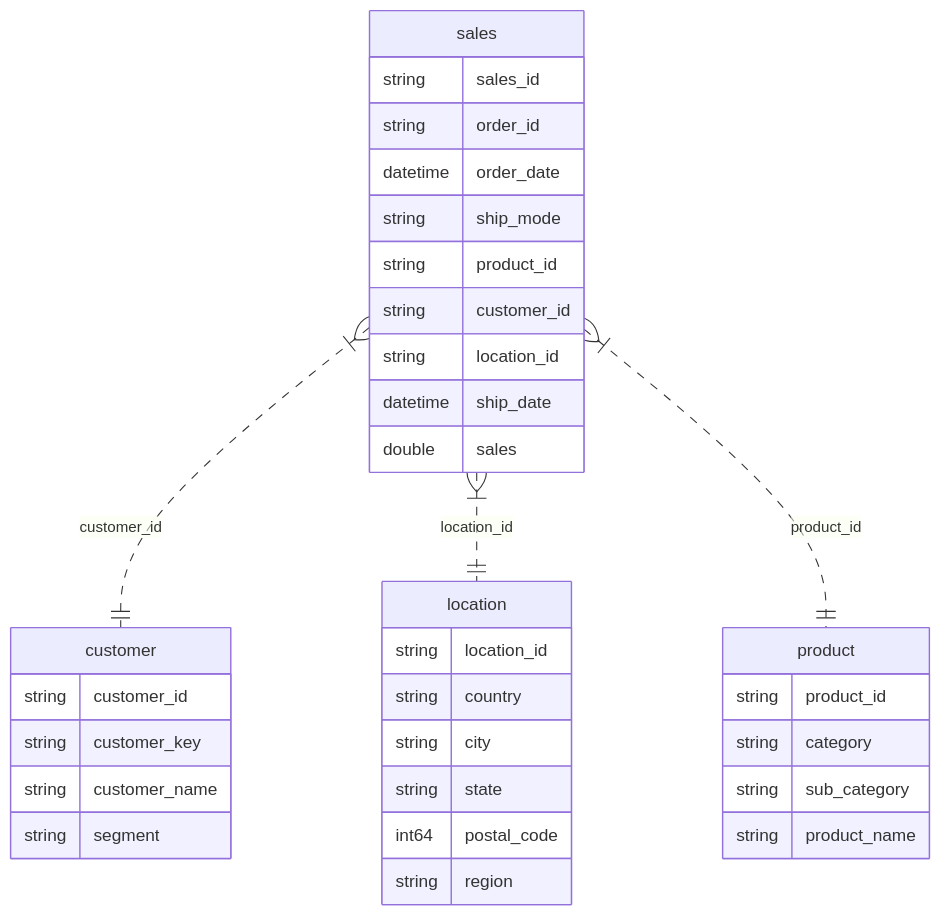
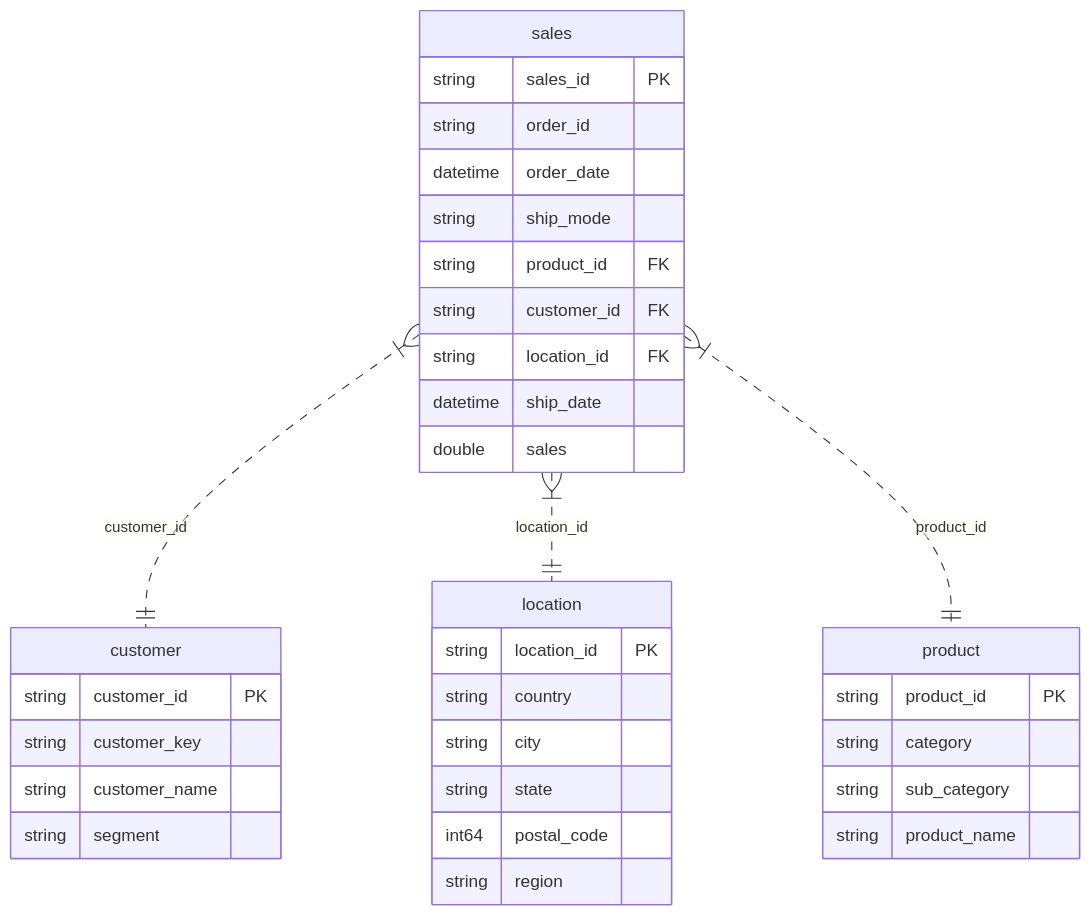
Before and after one commit to pval108/sales-data-model-with-githubcopilot: the diagram in SalesModelDocumentation.md, drawn with Mermaid. The commit also changed other lines of this file, not shown here.

Commit message:
Show keys in semantic model ERD

````diff
--- a/SalesModelDocumentation.md
+++ b/SalesModelDocumentation.md
@@ -98,37 +98,37 @@
 ```mermaid
 erDiagram
 	customer {
-		string customer_id
+		string customer_id PK
 		string customer_key
 		string customer_name
 		string segment
 	}
 	location {
-		string location_id
+		string location_id PK
 		string country
 		string city
 		string state
 		int64 postal_code
 		string region
 	}
 	product {
-		string product_id
+		string product_id PK
 		string category
 		string sub_category
 		string product_name
 	}
 	sales {
-		string sales_id
+		string sales_id PK
 		string order_id
 		datetime order_date
 		string ship_mode
-		string product_id
-		string customer_id
-		string location_id
+		string product_id FK
+		string customer_id FK
+		string location_id FK
 		datetime ship_date
 		double sales
 	}
 	sales }|..|| customer : "customer_id"
 	sales }|..|| location : "location_id"
 	sales }|..|| product : "product_id"
 ```
````
